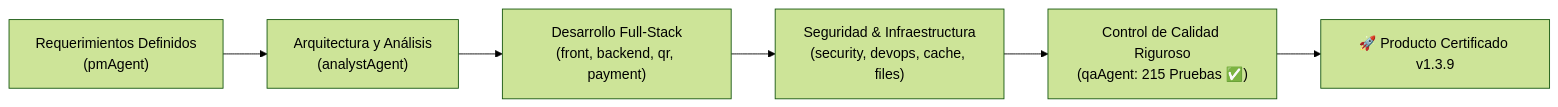
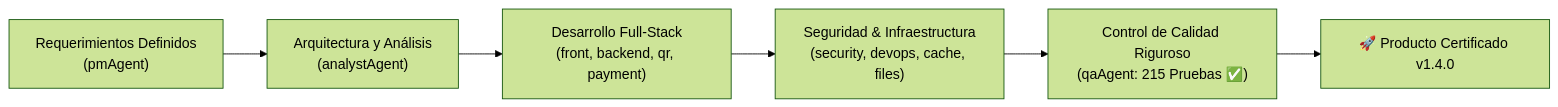
Before and after one commit to paolapaz202504/QRgenerator: the diagram in PROJECT_STATUS_QRGENERATOR.md, drawn with Mermaid (forest theme). The commit also changed other lines of this file and 19 other files, not shown here.

````diff
--- a/PROJECT_STATUS_QRGENERATOR.md
+++ b/PROJECT_STATUS_QRGENERATOR.md
@@ -12,8 +12,8 @@
 ```mermaid
 flowchart LR
     A["Requerimientos Definidos\n(pmAgent)"] --> B["Arquitectura y Análisis\n(analystAgent)"]
     B --> C["Desarrollo Full-Stack\n(front, backend, qr, payment)"]
     C --> D["Seguridad & Infraestructura\n(security, devops, cache, files)"]
     D --> E["Control de Calidad Riguroso\n(qaAgent: 215 Pruebas ✅)"]
-    E --> F["🚀 Producto Certificado v1.3.9"]
+    E --> F["🚀 Producto Certificado v1.4.0"]
 ```
````
